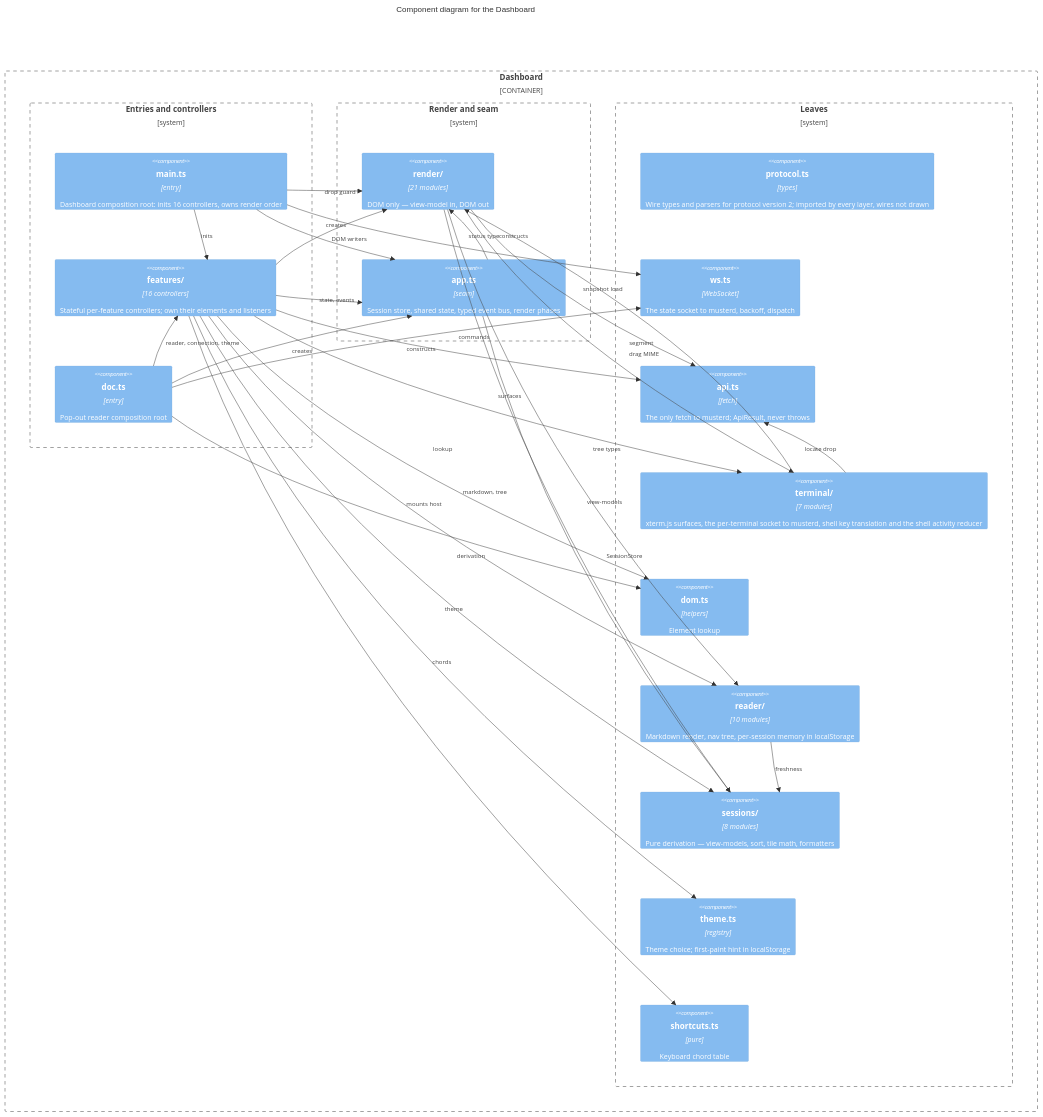
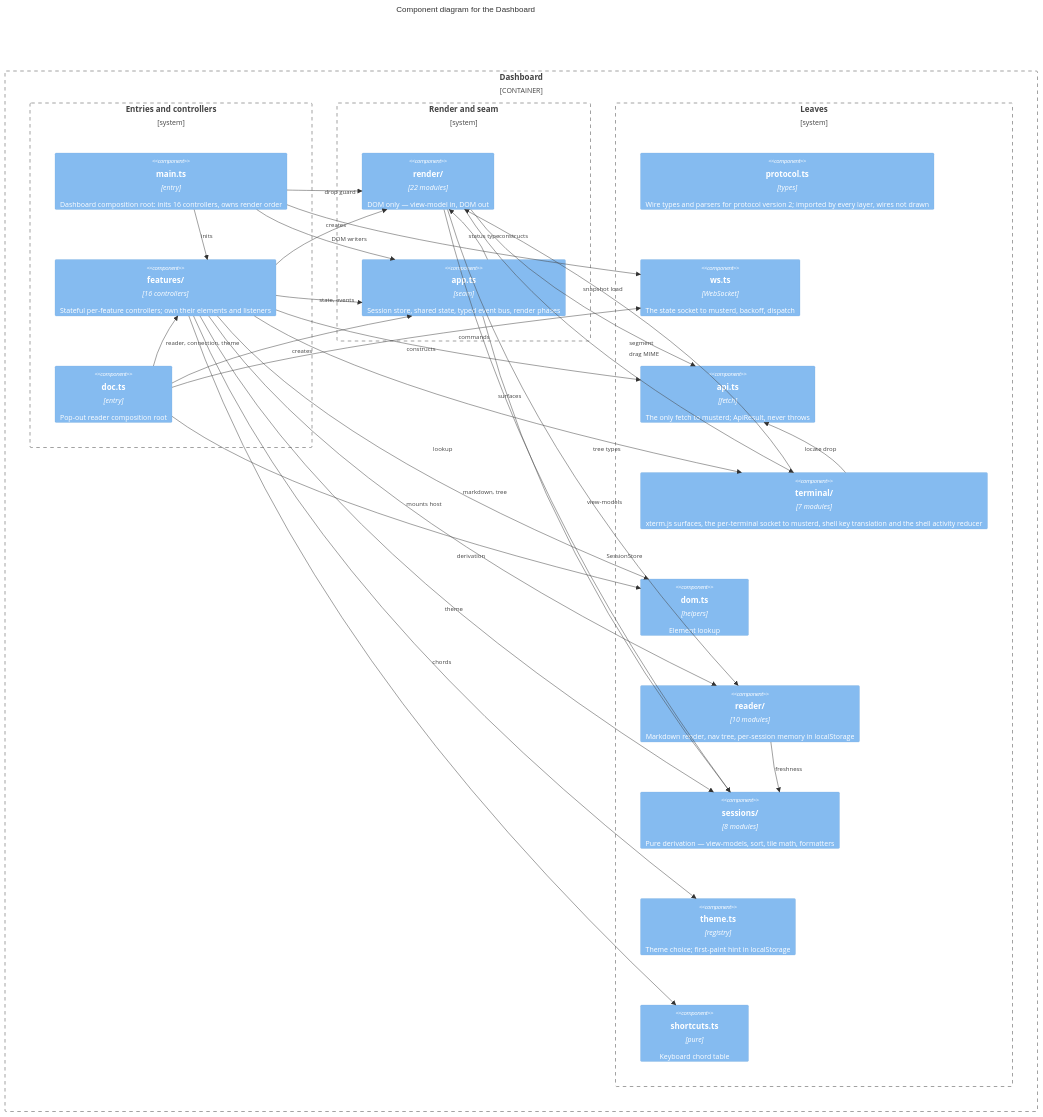
One commit to Zalaras/muster changed the diagram in docs/diagrams/web-components.md. Above: the diagram before and after it, drawn with Mermaid. The commit also changed 95 other files, not shown here.

````diff
--- a/docs/diagrams/web-components.md
+++ b/docs/diagrams/web-components.md
@@ -33,63 +33,63 @@
 ```mermaid
 C4Component
     title Component diagram for the Dashboard
 
     Container_Boundary(dashboard, "Dashboard") {
         Boundary(ctl, "Entries and controllers") {
             Component(main, "main.ts", "entry", "Dashboard composition root: inits 16 controllers, owns render order")
             Component(features, "features/", "16 controllers", "Stateful per-feature controllers; own their elements and listeners")
             Component(doc, "doc.ts", "entry", "Pop-out reader composition root")
         }
         Boundary(rnd, "Render and seam") {
-            Component(render, "render/", "21 modules", "DOM only — view-model in, DOM out")
+            Component(render, "render/", "22 modules", "DOM only — view-model in, DOM out")
             Component(app, "app.ts", "seam", "Session store, shared state, typed event bus, render phases")
         }
         Boundary(leaves, "Leaves") {
             Component(protocol, "protocol.ts", "types", "Wire types and parsers for protocol version 2; imported by every layer, wires not drawn")
             Component(ws, "ws.ts", "WebSocket", "The state socket to musterd, backoff, dispatch")
             Component(api, "api.ts", "fetch", "The only fetch to musterd; ApiResult, never throws")
             Component(terminal, "terminal/", "7 modules", "xterm.js surfaces, the per-terminal socket to musterd, shell key translation and the shell activity reducer")
             Component(dom, "dom.ts", "helpers", "Element lookup")
             Component(reader, "reader/", "10 modules", "Markdown render, nav tree, per-session memory in localStorage")
             Component(sessions, "sessions/", "8 modules", "Pure derivation — view-models, sort, tile math, formatters")
             Component(theme, "theme.ts", "registry", "Theme choice; first-paint hint in localStorage")
             Component(shortcuts, "shortcuts.ts", "pure", "Keyboard chord table")
         }
     }
 
     Rel(main, features, "inits")
     Rel(main, ws, "constructs")
     Rel(main, app, "creates")
     Rel(main, render, "drop guard")
     Rel(doc, features, "reader, connection, theme")
     Rel(doc, ws, "constructs")
     Rel(doc, dom, "mounts host")
     Rel(doc, app, "creates")
 
     Rel(features, render, "DOM writers")
     Rel(features, api, "commands")
     Rel(features, terminal, "surfaces")
     Rel(features, reader, "markdown, tree")
     Rel(features, sessions, "derivation")
     Rel(features, app, "state, events")
     Rel(features, dom, "lookup")
     Rel(features, theme, "theme")
     Rel(features, shortcuts, "chords")
 
     Rel(render, api, "snapshot load")
     Rel(render, terminal, "segment")
     Rel(render, reader, "tree types")
     Rel(render, sessions, "view-models")
     Rel(terminal, api, "locate drop")
     Rel(terminal, render, "drag MIME")
     Rel(reader, sessions, "freshness")
     Rel(app, sessions, "SessionStore")
     Rel(app, render, "status type")
 
     UpdateRelStyle(main, app, $offsetY="-22")
     UpdateRelStyle(main, ws, $offsetX="70", $offsetY="-10")
     UpdateRelStyle(features, reader, $offsetY="-20")
     UpdateRelStyle(terminal, render, $offsetY="22")
     UpdateRelStyle(features, api, $offsetY="-18")
     UpdateLayoutConfig($c4ShapeInRow="1", $c4BoundaryInRow="3")
 ```
````
